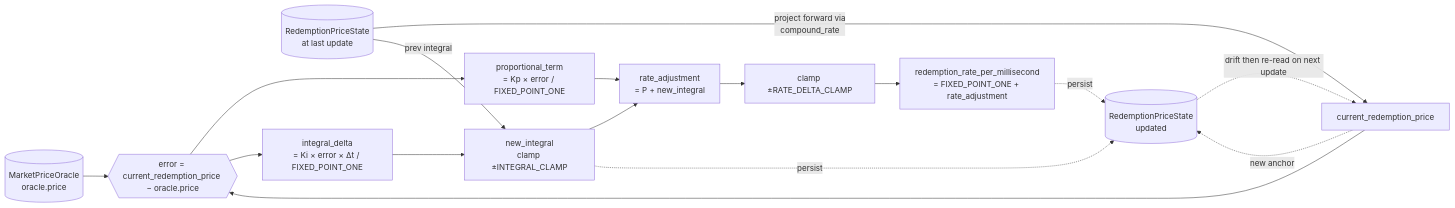
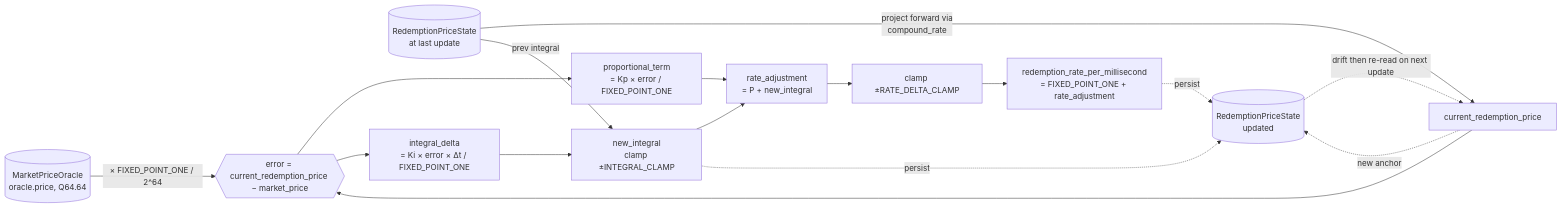
Before and after one commit to 3esmit/lez-programs: the second of 14 diagrams in docs/stablecoin/README.md, drawn with Mermaid. The commit also changed other lines of this file and 12 other files, not shown here.

First line of the commit message:
fix(stablecoin): read the Q64.64 oracle price at the fixed-point scale

````diff
--- a/docs/stablecoin/README.md
+++ b/docs/stablecoin/README.md
@@ -570,25 +573,25 @@
 ```mermaid
 flowchart LR
-    Oracle[(MarketPriceOracle<br/>oracle.price)]
+    Oracle[(MarketPriceOracle<br/>oracle.price, Q64.64)]
     StateOld[(RedemptionPriceState<br/>at last update)]
 
     StateOld -->|project forward via<br/>compound_rate| CurRP[current_redemption_price]
-    CurRP --> Err{{error = current_redemption_price − oracle.price}}
-    Oracle --> Err
+    CurRP --> Err{{error = current_redemption_price − market_price}}
+    Oracle -->|"× FIXED_POINT_ONE / 2^64"| Err
 
     Err --> P[proportional_term<br/>= Kp × error / FIXED_POINT_ONE]
     Err --> IDelta[integral_delta<br/>= Ki × error × Δt / FIXED_POINT_ONE]
 
     StateOld -->|prev integral| IClamp
     IDelta --> IClamp[new_integral<br/>clamp ±INTEGRAL_CLAMP]
 
     P --> RAdj["rate_adjustment<br/>= P + new_integral"]
     IClamp --> RAdj
     RAdj --> RClamp[clamp ±RATE_DELTA_CLAMP]
     RClamp --> NewRate[redemption_rate_per_millisecond<br/>= FIXED_POINT_ONE + rate_adjustment]
 
     NewRate -.persist.-> StateNew[(RedemptionPriceState<br/>updated)]
     CurRP -.new anchor.-> StateNew
     IClamp -.persist.-> StateNew
     StateNew -. drift then re-read on next update .-> CurRP
 ```
````
